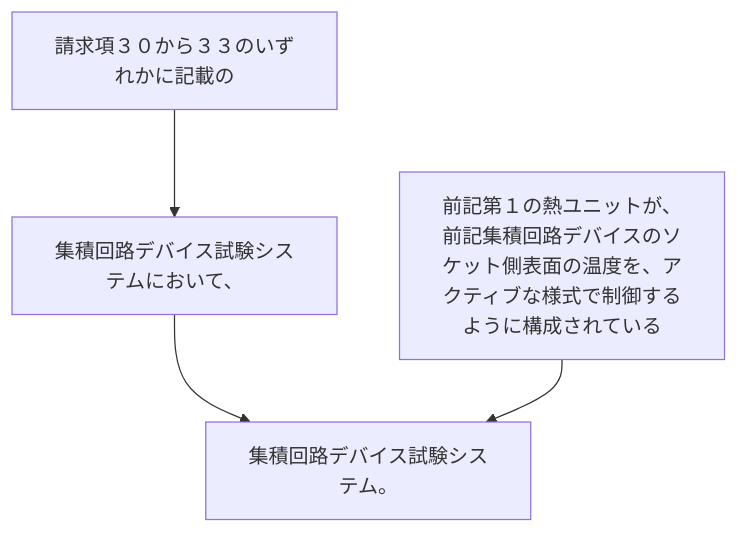
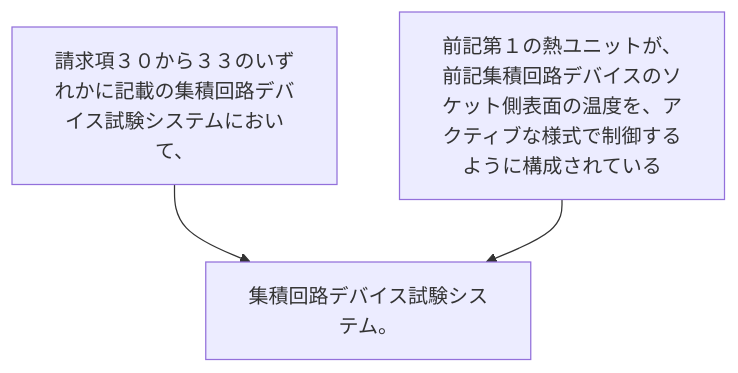
Before and after one commit to shinmori55/patent_analyzed: the diagram in 2024/JP2024023283A/claim_34/README.md, drawn with Mermaid. The commit also changed 336 other files, not shown here.

````diff
--- a/2024/JP2024023283A/claim_34/README.md
+++ b/2024/JP2024023283A/claim_34/README.md
@@ -3,10 +3,8 @@
 ```mermaid
 flowchart TD
-A[請求項３０から３３のいずれかに記載の]
-B[集積回路デバイス試験システムにおいて、]
-C[前記第１の熱ユニットが、前記集積回路デバイスのソケット側表面の温度を、アクティブな様式で制御するように構成されている]
-D[集積回路デバイス試験システム。]
-A --> B
-B --> D
-C --> D
+A[請求項３０から３３のいずれかに記載の集積回路デバイス試験システムにおいて、]
+B[前記第１の熱ユニットが、前記集積回路デバイスのソケット側表面の温度を、アクティブな様式で制御するように構成されている]
+C[集積回路デバイス試験システム。]
+A --> C
+B --> C
 ```
````
